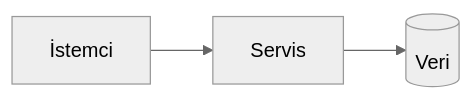
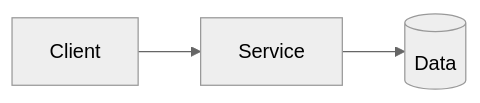
The second of 4 diagrams in templates/spec-tam.md (GktuOktay/claude-agency-v2), drawn with Mermaid (neutral theme) before and after one commit. The commit also changed other lines of this file and 12 other files, not shown here.

````diff
--- a/templates/spec-tam.md
+++ b/templates/spec-tam.md
@@ -34,5 +34,5 @@
 ```mermaid
-%% Soru: bileşenler birbirine nasıl bağlanır?
+%% Question: how do the components connect?
 flowchart LR
-  C[İstemci] --> S[Servis] --> D[(Veri)]
+  C[Client] --> S[Service] --> D[(Data)]
 ```
````
